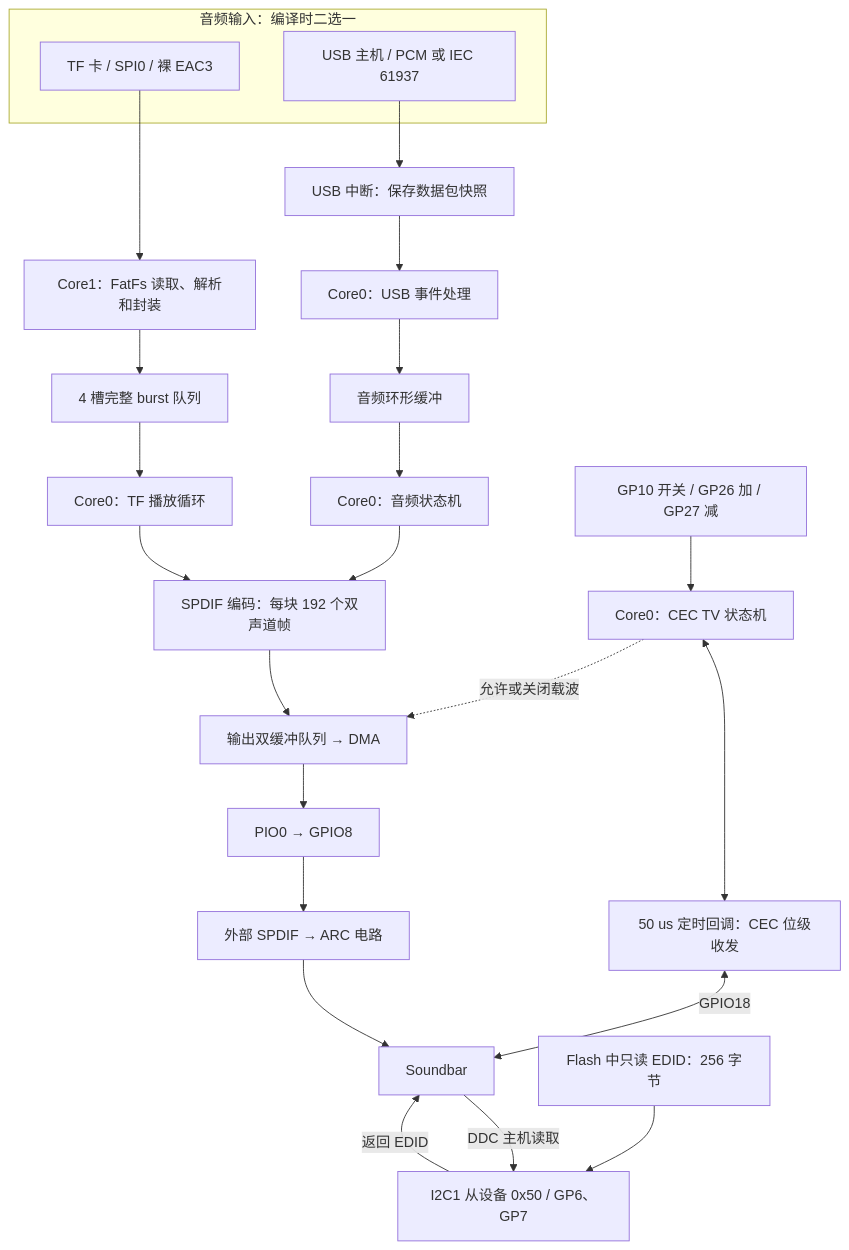
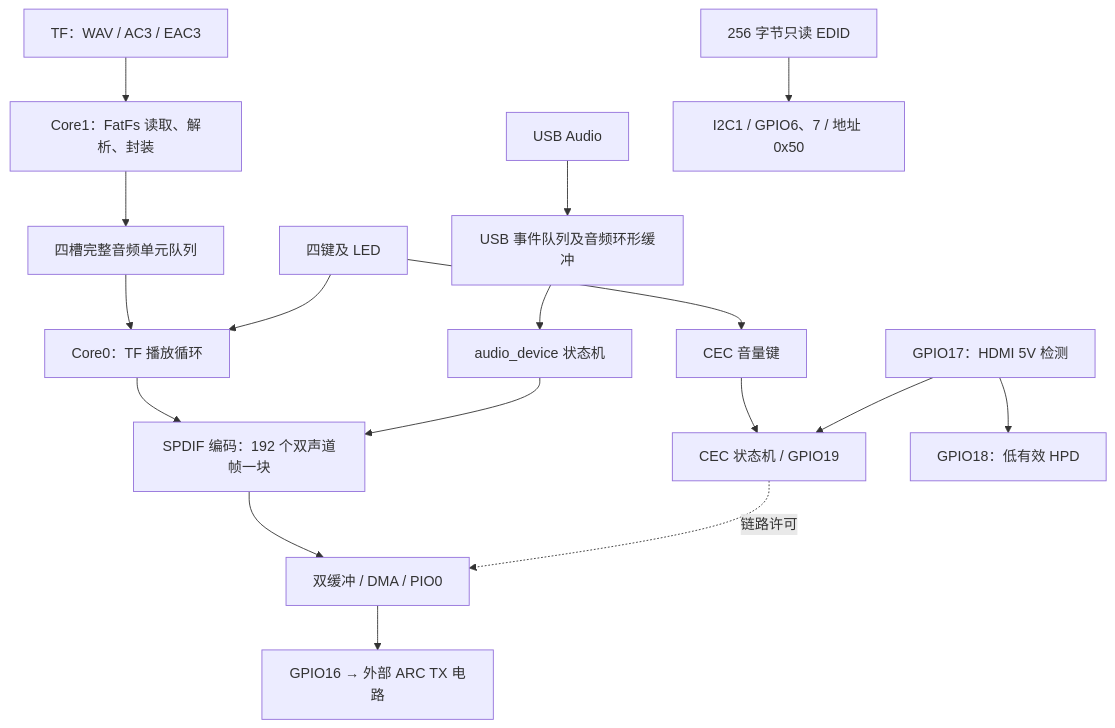
The first of 5 diagrams in PROGRAM_LOGIC.md (Leihognlun/pico-dac2), drawn with Mermaid before and after one commit. The commit also changed other lines of this file and 29 other files, not shown here.

````diff
--- a/PROGRAM_LOGIC.md
+++ b/PROGRAM_LOGIC.md
@@ -17,27 +12,19 @@
 ```mermaid
 flowchart TB
-    subgraph INPUT[音频输入：编译时二选一]
-        TF[TF 卡 / SPI0 / 裸 EAC3]
-        USB[USB 主机 / PCM 或 IEC 61937]
-    end
-    TF --> READER[Core1：FatFs 读取、解析和封装]
-    READER --> BQ[4 槽完整 burst 队列]
-    BQ --> SD[Core0：TF 播放循环]
-    USB --> USBIRQ[USB 中断：保存数据包快照]
-    USBIRQ --> USBTASK[Core0：USB 事件处理]
-    USBTASK --> RB[音频环形缓冲]
-    RB --> AUDIO[Core0：音频状态机]
-    SD --> ENC[SPDIF 编码：每块 192 个双声道帧]
-    AUDIO --> ENC
-    ENC --> DMA[输出双缓冲队列 → DMA]
-    DMA --> PIO[PIO0 → GPIO8]
-    PIO --> ARC[外部 SPDIF → ARC 电路]
-    ARC --> SB[Soundbar]
-    KEYS[GP10 开关 / GP26 加 / GP27 减] --> CEC[Core0：CEC TV 状态机]
-    CEC <--> WIRE[50 us 定时回调：CEC 位级收发]
-    WIRE <-->|GPIO18| SB
-    CEC -.->|允许或关闭载波| DMA
-    SB -->|DDC 主机读取| I2C[I2C1 从设备 0x50 / GP6、GP7]
-    EDID[Flash 中只读 EDID：256 字节] --> I2C
-    I2C -->|返回 EDID| SB
+    TF[TF：WAV / AC3 / EAC3] --> C1[Core1：FatFs 读取、解析、封装]
+    C1 --> Q[四槽完整音频单元队列]
+    Q --> C0[Core0：TF 播放循环]
+    KEYS[四键及 LED] --> C0
+    KEYS --> VOL[CEC 音量键]
+    USB[USB Audio] --> RB[USB 事件队列及音频环形缓冲]
+    RB --> AUDIO[audio_device 状态机]
+    C0 --> SPDIF[SPDIF 编码：192 个双声道帧一块]
+    AUDIO --> SPDIF
+    SPDIF --> DMA[双缓冲 / DMA / PIO0]
+    DMA --> ARC[GPIO16 → 外部 ARC TX 电路]
+    VOL --> CEC[CEC 状态机 / GPIO19]
+    CEC -.->|链路许可| DMA
+    DET[GPIO17：HDMI 5V 检测] --> CEC
+    DET --> HPD[GPIO18：低有效 HPD]
+    EDID[256 字节只读 EDID] --> DDC[I2C1 / GPIO6、7 / 地址 0x50]
 ```
````
